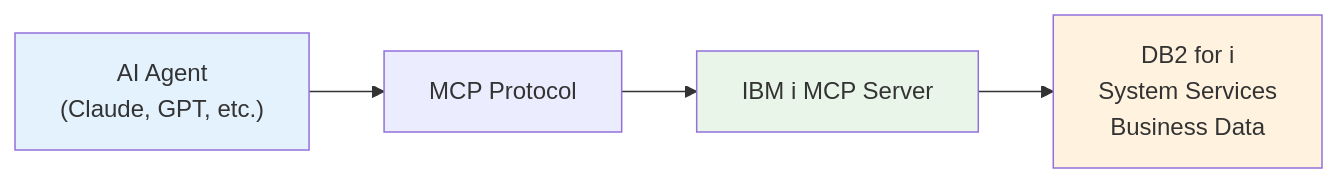
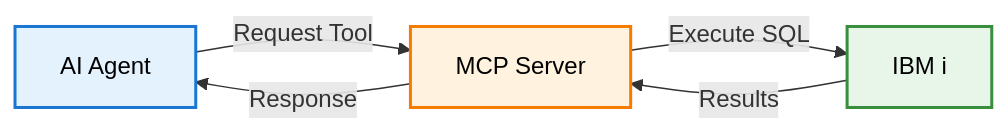
One commit to IBM/ibmi-mcp-server changed the diagram in docs/concepts/mcp-overview.mdx. Above: the diagram before and after it, drawn with Mermaid. The commit also changed other lines of this file and 10 other files, not shown here.

````diff
--- a/docs/concepts/mcp-overview.mdx
+++ b/docs/concepts/mcp-overview.mdx
@@ -78,13 +46,11 @@
 ```mermaid
 graph LR
-    A["AI Agent
-    (Claude, GPT, etc.)"] --> B[MCP Protocol]
-    B --> C[IBM i MCP Server]
-    C --> D["DB2 for i
-    System Services
-    Business Data"]
+    A[AI Agent] -->|Request Tool| B[MCP Server]
+    B -->|Execute SQL| C[IBM i]
+    C -->|Results| B
+    B -->|Response| A
 
-    style A fill:#e3f2fd
-    style C fill:#e8f5e8
-    style D fill:#fff3e0
+    style A fill:#e3f2fd,stroke:#1976d2,stroke-width:2px,color:#000
+    style B fill:#fff3e0,stroke:#f57c00,stroke-width:2px,color:#000
+    style C fill:#e8f5e9,stroke:#388e3c,stroke-width:2px,color:#000
 ```
````
